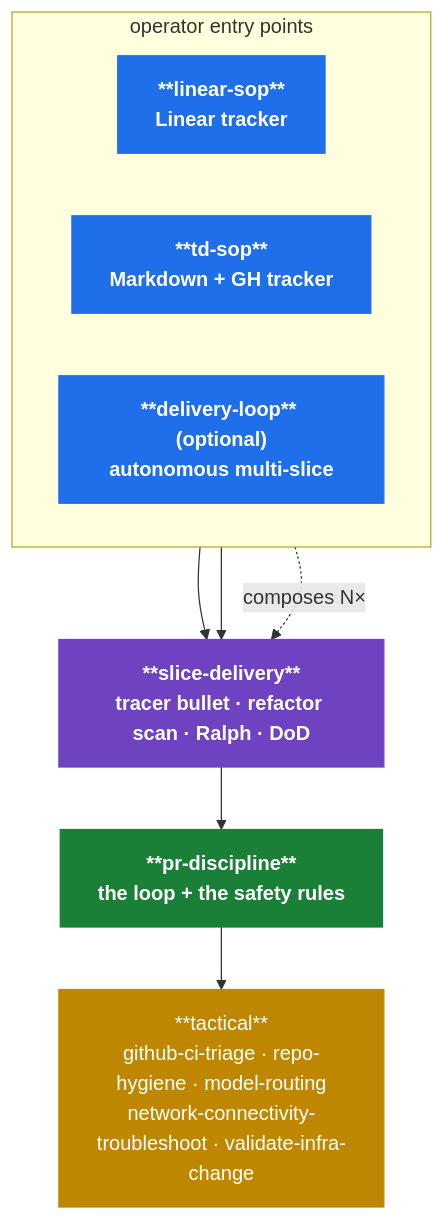
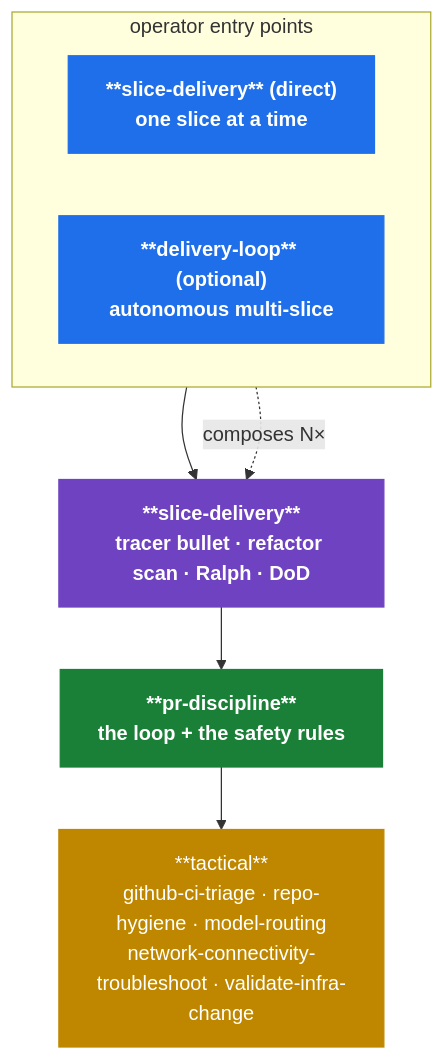
Before and after one commit to ujjaval-verma/skills: the diagram in README.md, drawn with Mermaid. The commit also changed other lines of this file and 4 other files, not shown here.

````diff
--- a/README.md
+++ b/README.md
@@ -100,24 +98,22 @@
 ```mermaid
 flowchart TD
     classDef entry fill:#1f6feb,stroke:#1f6feb,color:#fff,font-weight:bold
     classDef exec fill:#6f42c1,stroke:#6f42c1,color:#fff,font-weight:bold
     classDef pr fill:#1a7f37,stroke:#1a7f37,color:#fff,font-weight:bold
     classDef tactical fill:#bf8700,stroke:#bf8700,color:#fff
 
     subgraph EP["operator entry points"]
         direction LR
-        linear["**linear-sop**<br/>Linear tracker"]:::entry
-        td["**td-sop**<br/>Markdown + GH tracker"]:::entry
+        direct["**slice-delivery** (direct)<br/>one slice at a time"]:::entry
         loop["**delivery-loop** (optional)<br/>autonomous multi-slice"]:::entry
     end
 
     slice["**slice-delivery**<br/>tracer bullet · refactor scan · Ralph · DoD"]:::exec
     pr["**pr-discipline**<br/>the loop + the safety rules"]:::pr
     tactical["**tactical**<br/>github-ci-triage · repo-hygiene · model-routing<br/>network-connectivity-troubleshoot · validate-infra-change"]:::tactical
 
-    linear --> slice
-    td --> slice
+    direct --> slice
     loop -. "composes N×" .-> slice
     slice --> pr
     pr --> tactical
 ```
````
